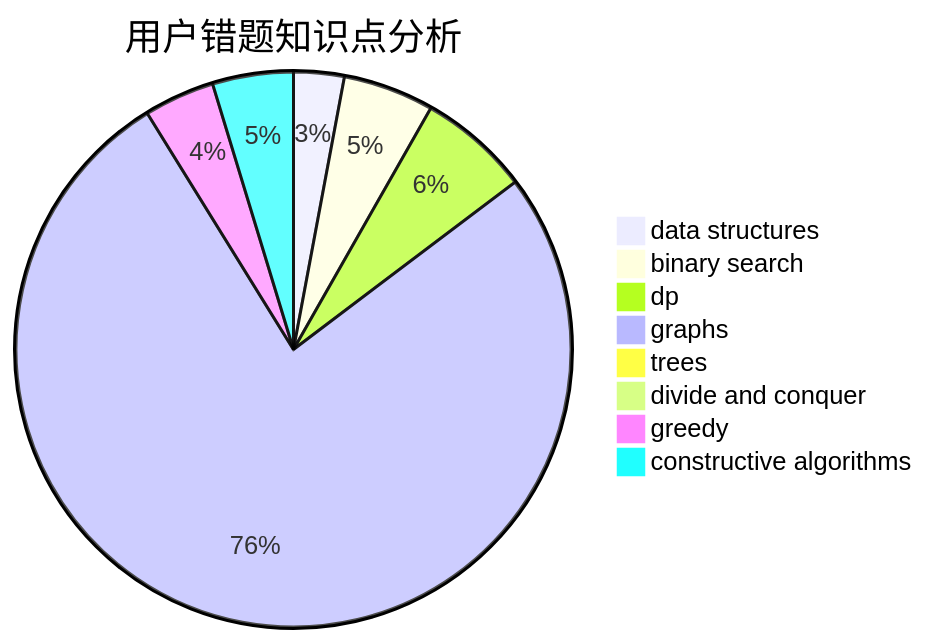
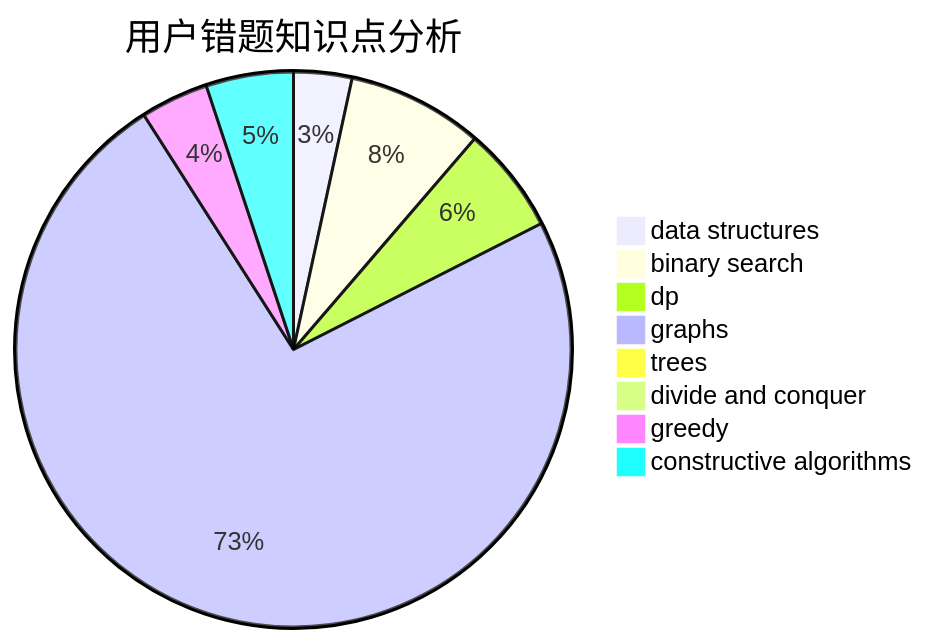
One commit to sherpahu/cfrs.github.io changed the third of 3 diagrams in docs/user/u314.md. Above: the diagram before and after it, drawn with Mermaid. The commit also changed other lines of this file and 2770 other files, not shown here.

````diff
--- a/docs/user/u314.md
+++ b/docs/user/u314.md
@@ -36,11 +36,11 @@
 ```mermaid
 pie title 用户错题知识点分析
-    "data structures" :  5
-    "binary search" :  9
+    "data structures" :  6
+    "binary search" :  14
     "dp" :  11
     "graphs" :  130
     "trees" :  0
     "divide and conquer" :  0
     "greedy" :  7
-    "constructive algorithms" :  8
+    "constructive algorithms" :  9
 ```
````
